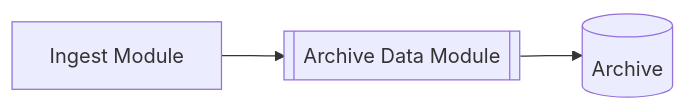
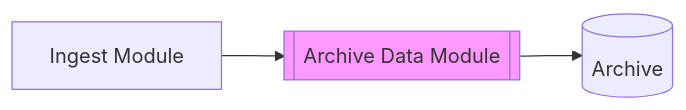
Before and after one commit to grillo/grillo-docs: the diagram in docs/grillo-console/modules/data management modules/Archive Data Stream Module.md, drawn with Mermaid. The commit also changed 3 other files, not shown here.

````diff
--- a/docs/grillo-console/modules/data management modules/Archive Data Stream Module.md
+++ b/docs/grillo-console/modules/data management modules/Archive Data Stream Module.md
@@ -9,4 +9,5 @@
 ```mermaid
 flowchart LR
    B[Ingest Module]--> Cp[[Archive Data Module]] --> id1[(Archive)]
+   style Cp fill:#f9f
 ```
````
